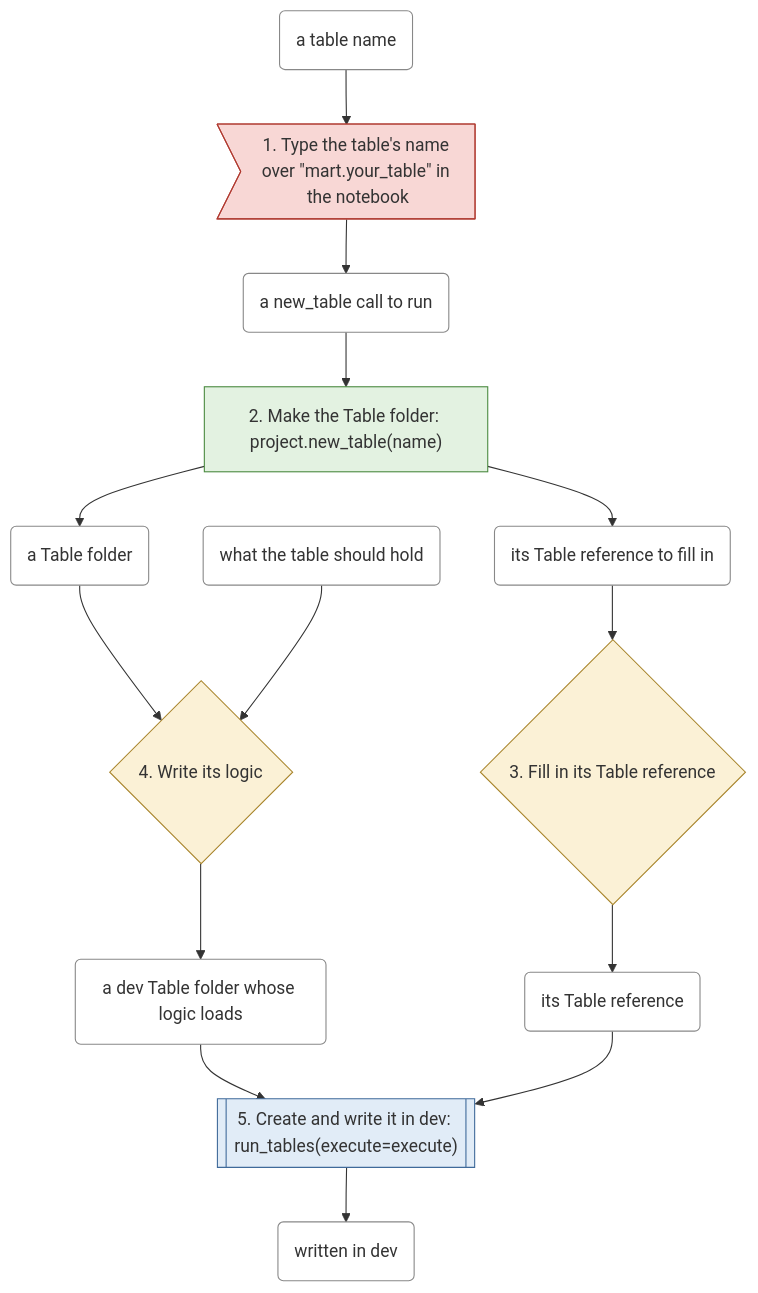
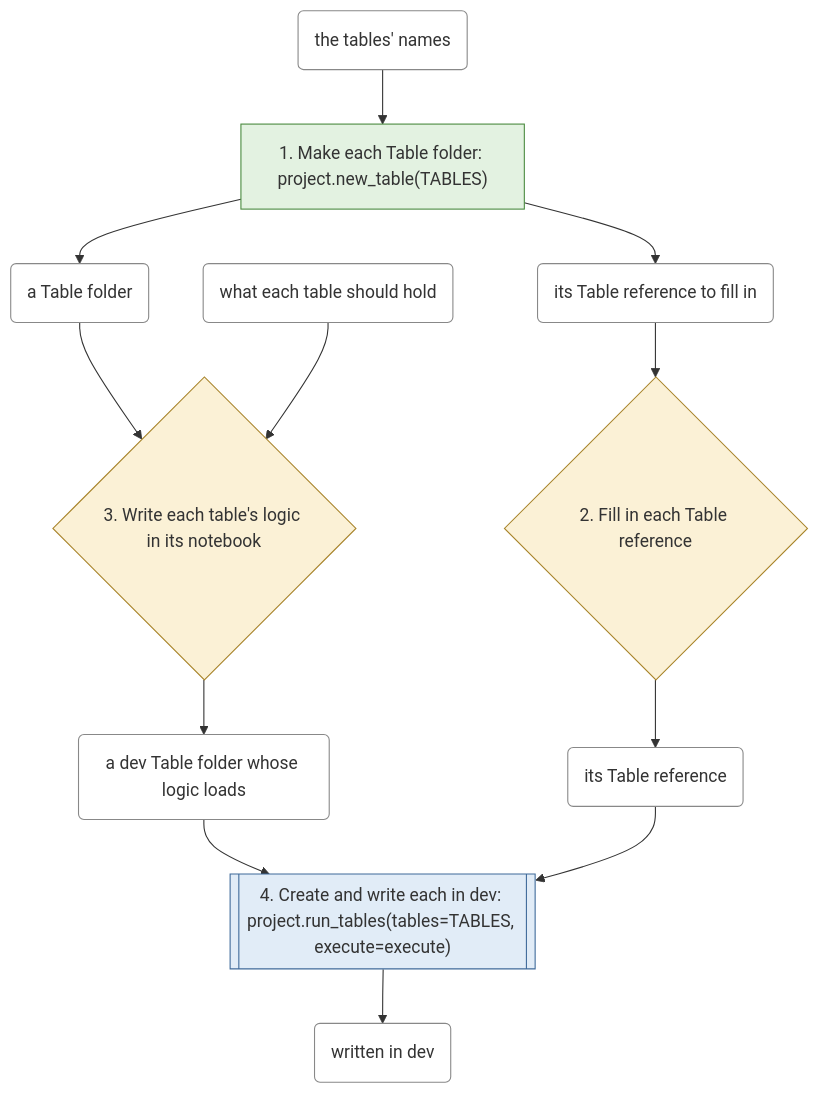
The third of 6 diagrams in docs/workflows.md (EdgyPage/SQL-Composer), drawn with Mermaid before and after one commit. The commit also changed other lines of this file and 182 other files, not shown here.

````diff
--- a/docs/workflows.md
+++ b/docs/workflows.md
@@ -220,47 +208,41 @@
 ```mermaid
 flowchart TD
-    s0>"1. Type the table's name over #quot;mart.your_table#quot; in the notebook"]
-    class s0 fiddling
+    s0["1. Make each Table folder: project.new_table(TABLES)"]
+    class s0 file
     t0 --> s0
     s0 --> t1
-    s1["2. Make the Table folder: project.new_table(name)"]
-    class s1 file
-    t1 --> s1
-    s1 --> t2
+    s0 --> t2
+    s1{"2. Fill in each Table reference"}
+    class s1 decision
+    t2 --> s1
     s1 --> t3
-    s2{"3. Fill in its Table reference"}
+    s2{"3. Write each table's logic in its notebook"}
     class s2 decision
-    t3 --> s2
-    s2 --> t4
-    s3{"4. Write its logic"}
-    class s3 decision
-    t2 --> s3
+    t1 --> s2
+    t4 --> s2
+    s2 --> t5
+    s3[["4. Create and write each in dev: project.run_tables(tables=TABLES, execute=execute)"]]
+    class s3 permission
     t5 --> s3
+    t3 --> s3
     s3 --> t6
-    s4[["5. Create and write it in dev: run_tables(execute=execute)"]]
-    class s4 permission
-    t6 --> s4
-    t4 --> s4
-    s4 --> t7
-    t0("a table name")
+    t0("the tables' names")
     class t0 thing
-    t1("a new_table call to run")
+    t1("a Table folder")
     class t1 thing
-    t2("a Table folder")
+    t2("its Table reference to fill in")
     class t2 thing
-    t3("its Table reference to fill in")
+    t3("its Table reference")
     class t3 thing
-    t4("its Table reference")
+    t4("what each table should hold")
     class t4 thing
-    t5("what the table should hold")
+    t5("a dev Table folder whose logic loads")
     class t5 thing
-    t6("a dev Table folder whose logic loads")
+    t6("written in dev")
     class t6 thing
-    t7("written in dev")
-    class t7 thing
     classDef file fill:#e3f2e1,stroke:#4a8a3f
     classDef permission fill:#e1ecf7,stroke:#3f6a9a
     classDef decision fill:#fbf1d6,stroke:#a8842a
     classDef fiddling fill:#f8d7d5,stroke:#b03a30
     classDef thing fill:#ffffff,stroke:#888888
 ```
````
